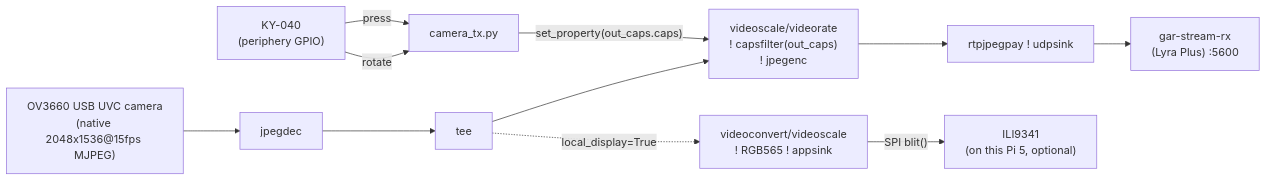
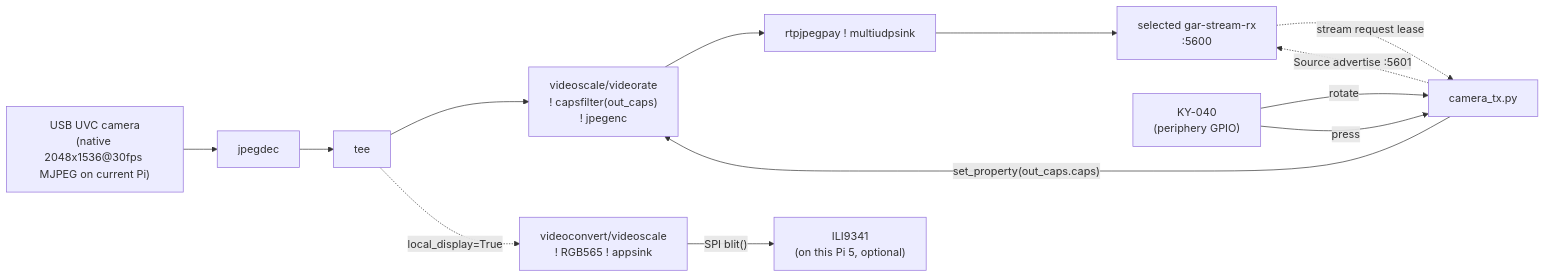
Before and after one commit to ThousandsOfTies/gar-stream-tx: the diagram in README.md, drawn with Mermaid. The commit also changed other lines of this file and 5 other files, not shown here.

````diff
--- a/README.md
+++ b/README.md
@@ -38,12 +41,14 @@
 ```mermaid
 flowchart LR
-    CAM["OV3660 USB UVC camera\n(native 2048x1536@15fps MJPEG)"] --> DEC["jpegdec"]
+    CAM["USB UVC camera\n(native 2048x1536@30fps MJPEG on current Pi)"] --> DEC["jpegdec"]
     DEC --> TEE["tee"]
     TEE --> NET["videoscale/videorate\n! capsfilter(out_caps)\n! jpegenc"]
-    NET --> RTP["rtpjpegpay ! udpsink"] --> RX["gar-stream-rx\n(Lyra Plus) :5600"]
+    NET --> RTP["rtpjpegpay ! multiudpsink"] --> RX["selected gar-stream-rx\n:5600"]
+    TX -. "Source advertise :5601" .-> RX
+    RX -. "stream request lease" .-> TX
     TEE -. "local_display=True" .-> PREV["videoconvert/videoscale\n! RGB565 ! appsink"]
     PREV -- "SPI blit()" --> ILI["ILI9341\n(on this Pi 5, optional)"]
     KY["KY-040\n(periphery GPIO)"] -- "rotate" --> TX["camera_tx.py"]
     KY -- "press" --> TX
     TX -- "set_property(out_caps.caps)" --> NET
 ```
````
